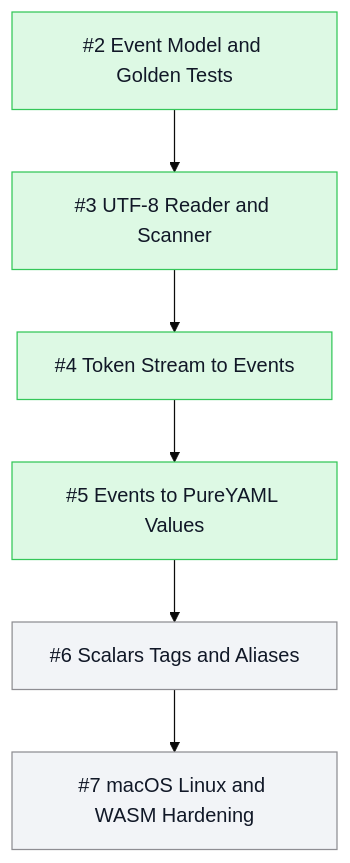
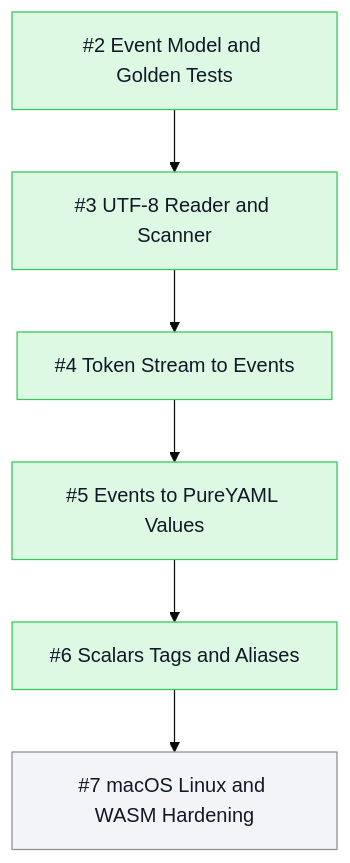
One commit to mihaelamj/PureYAML changed the third of 3 diagrams in README.md. Above: the diagram before and after it, drawn with Mermaid (base theme). The commit also changed other lines of this file and 10 other files, not shown here.

````diff
--- a/README.md
+++ b/README.md
@@ -54,18 +54,18 @@
 ```mermaid
 flowchart TB
   classDef done fill:#ddf9e4,stroke:#34c759,color:#111827
   classDef review fill:#fff7d6,stroke:#ffcc00,color:#111827
   classDef epic fill:#f2e5ff,stroke:#af52de,color:#111827
   classDef todo fill:#f2f4f7,stroke:#8e8e93,color:#111827
   Issue2["#2 Event Model and Golden Tests"]:::done
   Issue3["#3 UTF-8 Reader and Scanner"]:::done
   Issue4["#4 Token Stream to Events"]:::done
   Issue5["#5 Events to PureYAML Values"]:::done
-  Issue6["#6 Scalars Tags and Aliases"]:::todo
+  Issue6["#6 Scalars Tags and Aliases"]:::done
   Issue7["#7 macOS Linux and WASM Hardening"]:::todo
   Issue2 --> Issue3
   Issue3 --> Issue4
   Issue4 --> Issue5
   Issue5 --> Issue6
   Issue6 --> Issue7
 ```
````
